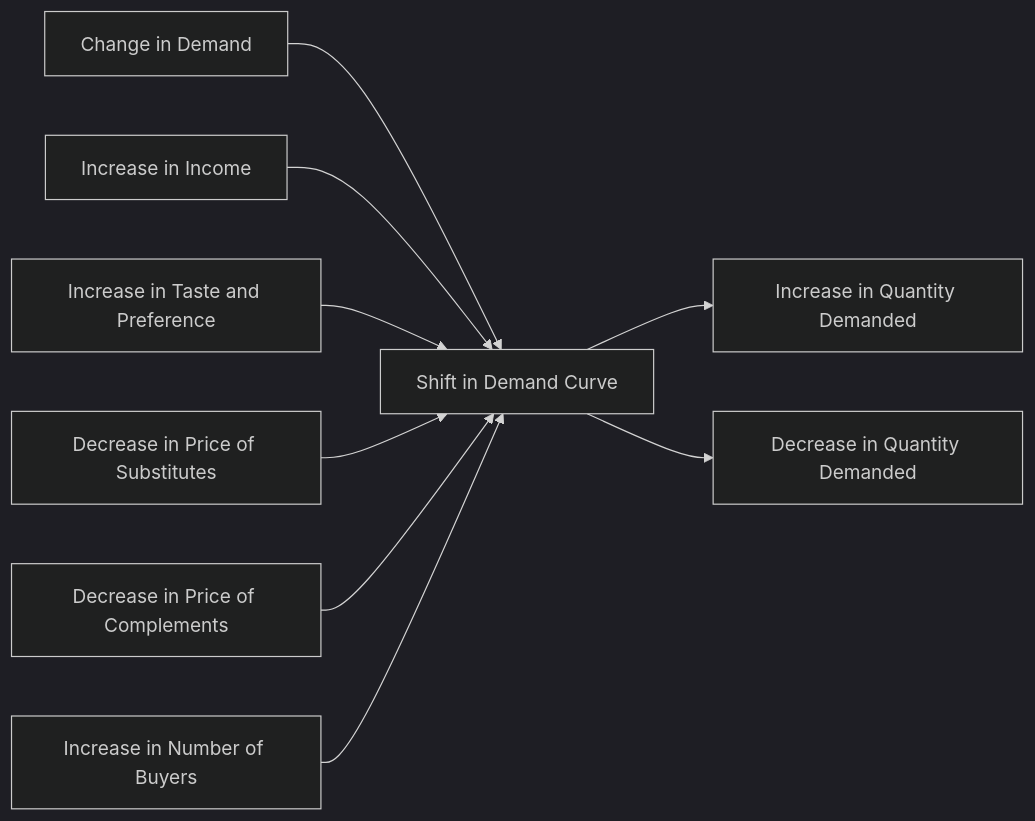
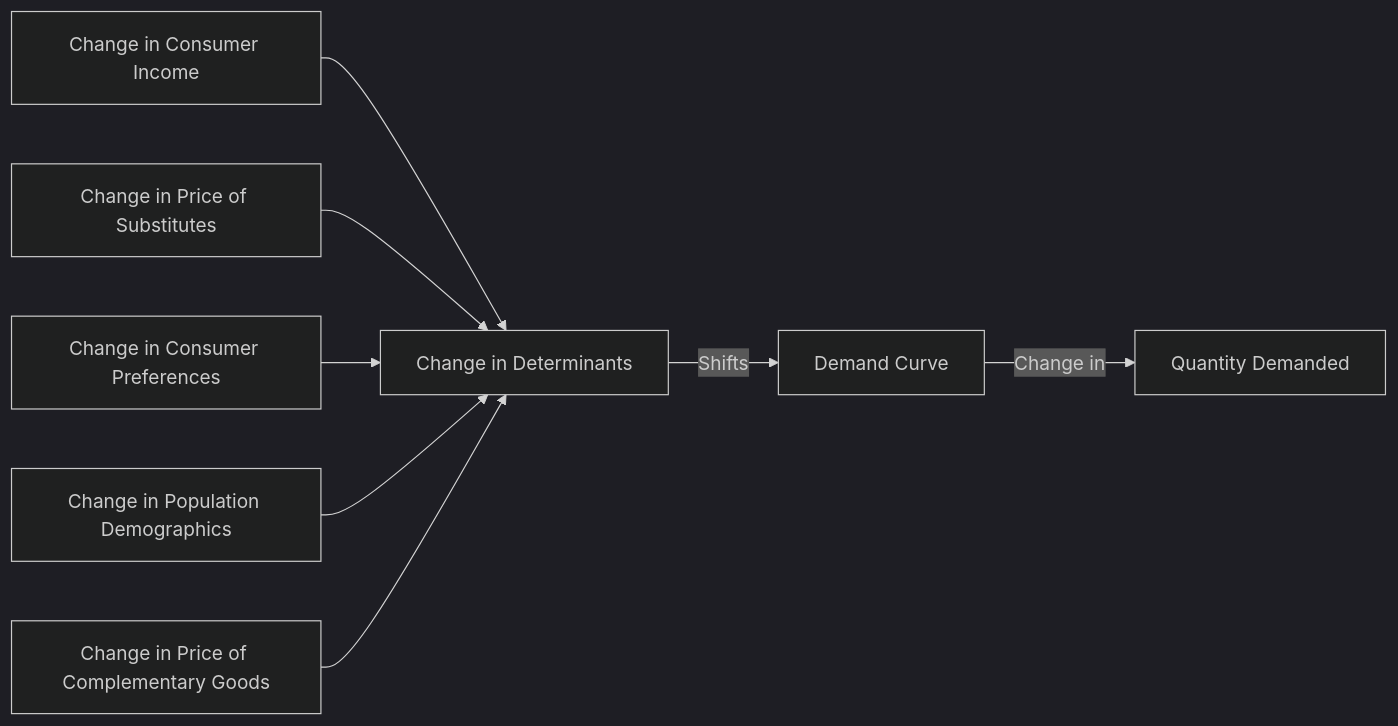
One commit to DagimAlemayehuu/Ater changed the diagram in Obsidian_Vault/2-Academic/Winter 2026/Economics/2_Theory_Of_Demand_And_Supply/Change_In_Demand.md. Above: the diagram before and after it, drawn with Mermaid (dark theme). The commit also changed other lines of this file and 52 other files, not shown here.

````diff
--- a/Obsidian_Vault/2-Academic/Winter 2026/Economics/2_Theory_Of_Demand_And_Supply/Change_In_Demand.md
+++ b/Obsidian_Vault/2-Academic/Winter 2026/Economics/2_Theory_Of_Demand_And_Supply/Change_In_Demand.md
@@ -34,13 +34,12 @@
 ```mermaid
 
 graph LR
-    A[Change in Demand] --> B[Shift in Demand Curve]
-    B --> C[Increase in Quantity Demanded]
-    B --> D[Decrease in Quantity Demanded]
-    E[Increase in Income] --> B
-    F[Increase in Taste and Preference] --> B
-    G[Decrease in Price of Substitutes] --> B
-    H[Decrease in Price of Complements] --> B
-    I[Increase in Number of Buyers] --> B
+    A[Change in Determinants] -->|Shifts| B[Demand Curve]
+    B -->|Change in| C[Quantity Demanded]
+    D[Change in Consumer Income] --> A
+    E[Change in Price of Substitutes] --> A
+    F[Change in Consumer Preferences] --> A
+    G[Change in Population Demographics] --> A
+    H[Change in Price of Complementary Goods] --> A
 
 ```
````
